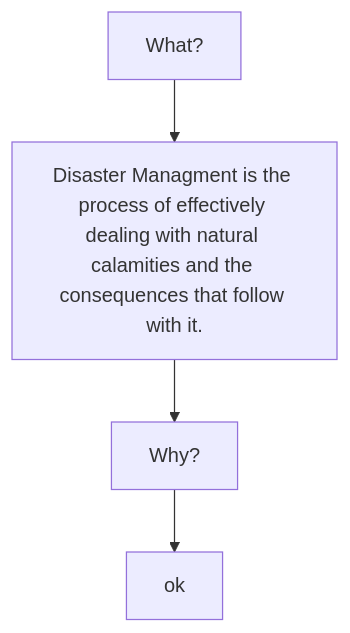
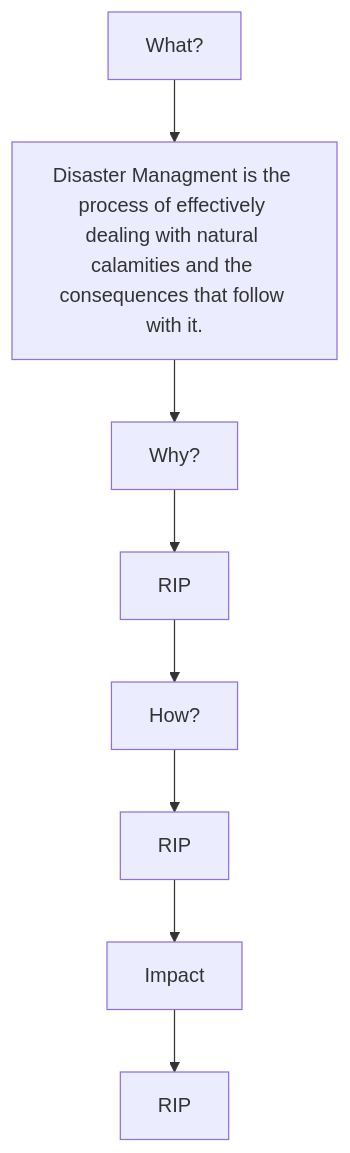
One commit to SivaaB/File_Leak_Detection changed the diagram in flowchart2.md. Above: the diagram before and after it, drawn with Mermaid.

````diff
--- a/flowchart2.md
+++ b/flowchart2.md
@@ -1,6 +1,10 @@
 ```mermaid
 graph TD
 A[What?] --> B[Disaster Managment is the process of effectively dealing with natural calamities and the consequences that follow with it.]
 B --> C[Why?] 
-C --> D[ok]
+C --> D[RIP]
+D --> E[How?]
+E --> F[RIP]
+F --> G[Impact]
+G --> H[RIP]
  ```
````
